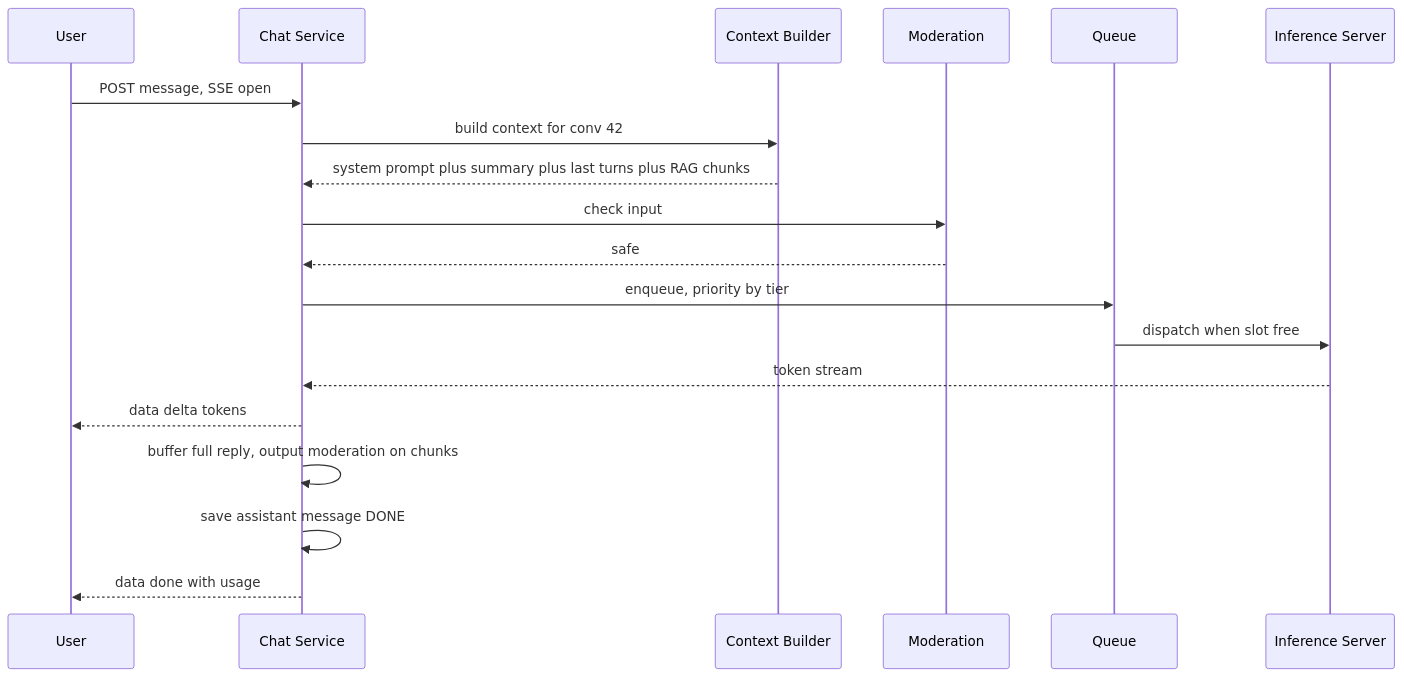
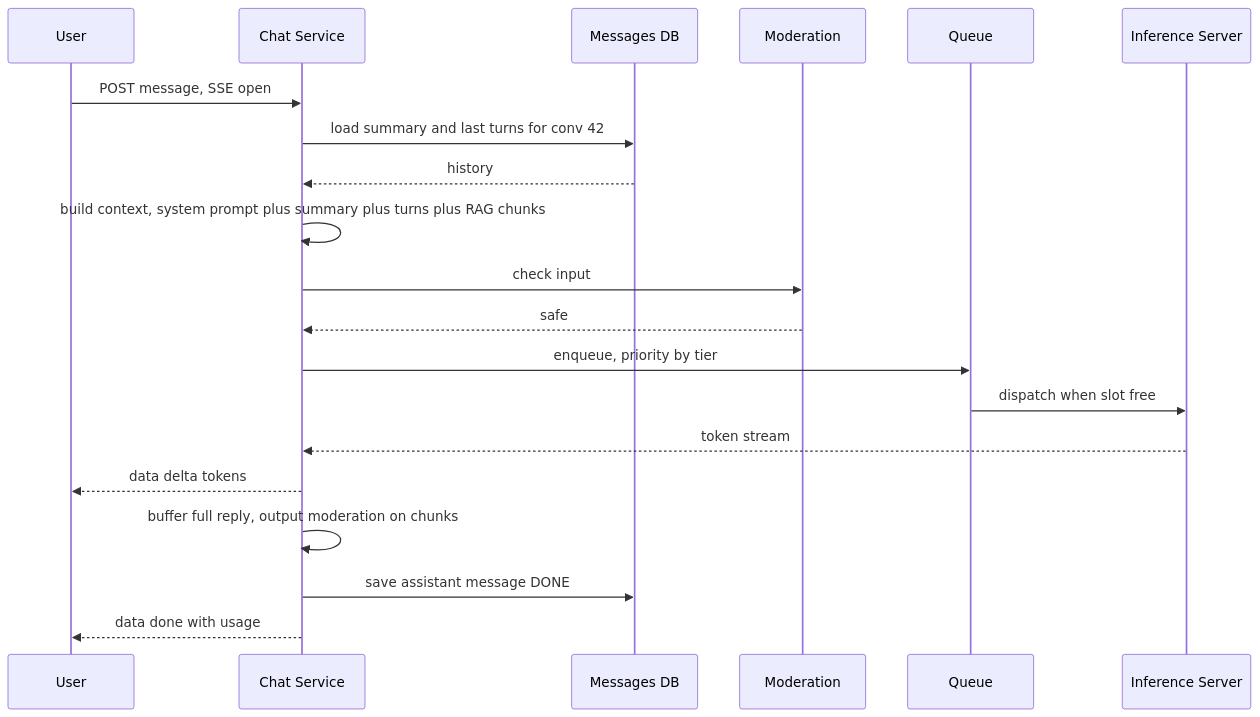
The second of 2 diagrams in content-en/02-questions/t2-22-llm-chat-app.md (flow6979/system-design-prep), drawn with Mermaid before and after one commit. The commit also changed other lines of this file and 61 other files, not shown here.

````diff
--- a/content-en/02-questions/t2-22-llm-chat-app.md
+++ b/content-en/02-questions/t2-22-llm-chat-app.md
@@ -109,21 +121,22 @@
 ```mermaid
 sequenceDiagram
   participant U as User
   participant CS as Chat Service
-  participant CB as Context Builder
+  participant DB as Messages DB
   participant M as Moderation
   participant Q as Queue
   participant GPU as Inference Server
   U->>CS: POST message, SSE open
-  CS->>CB: build context for conv 42
-  CB-->>CS: system prompt plus summary plus last turns plus RAG chunks
+  CS->>DB: load summary and last turns for conv 42
+  DB-->>CS: history
+  CS->>CS: build context, system prompt plus summary plus turns plus RAG chunks
   CS->>M: check input
   M-->>CS: safe
   CS->>Q: enqueue, priority by tier
   Q->>GPU: dispatch when slot free
   GPU-->>CS: token stream
   CS-->>U: data delta tokens
   CS->>CS: buffer full reply, output moderation on chunks
-  CS->>CS: save assistant message DONE
+  CS->>DB: save assistant message DONE
   CS-->>U: data done with usage
 ```
````
